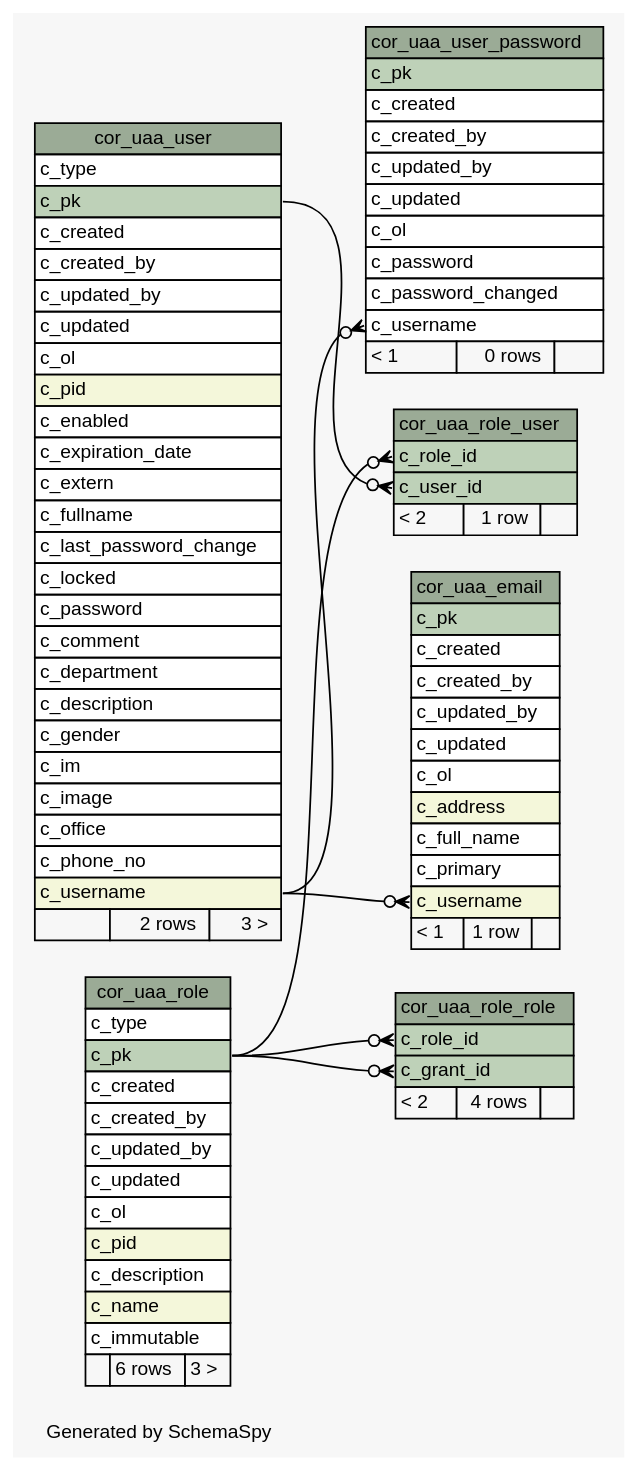
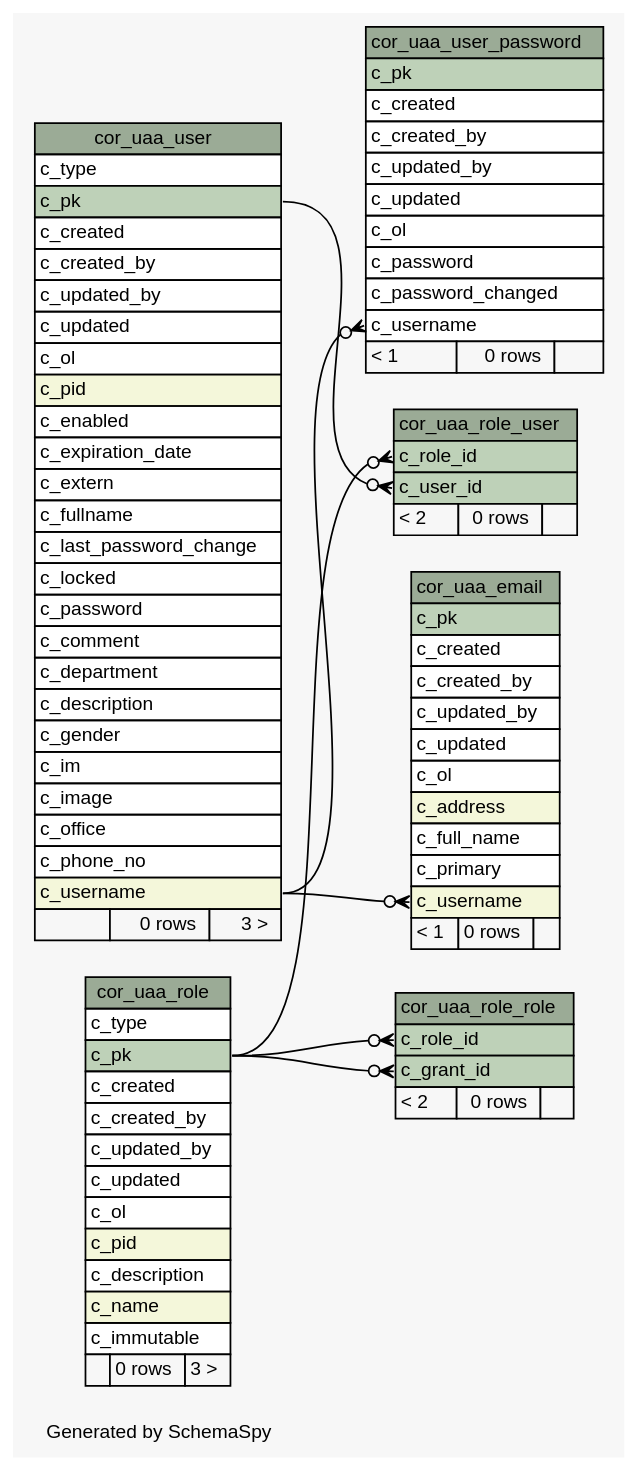
One commit to openwms/org.openwms.core.uaa changed the diagram in 2.0.0-SNAPSHOT/schemaspy/diagrams/summary/relationships.real.large.dot. Above: the diagram before and after it, drawn with Graphviz. The commit also changed 352 other files, not shown here.

```diff
--- a/2.0.0-SNAPSHOT/schemaspy/diagrams/summary/relationships.real.large.dot
+++ b/2.0.0-SNAPSHOT/schemaspy/diagrams/summary/relationships.real.large.dot
@@ -1,140 +1,140 @@
-// dot 2.43.0 on Linux 5.13.0-1029-azure
+// dot 2.43.0 on Linux 5.15.0-1020-azure
 // SchemaSpy rev Unknown
 digraph "largeRelationshipsDiagram" {
   graph [
     rankdir="RL"
     bgcolor="#f7f7f7"
     label="\nGenerated by SchemaSpy"
     labeljust="l"
     nodesep="0.18"
     ranksep="0.46"
     fontname="Helvetica"
     fontsize="11"
   ];
   node [
     fontname="Helvetica"
     fontsize="11"
     shape="plaintext"
   ];
   edge [
     arrowsize="0.8"
   ];
   "cor_uaa_email" [
     label=<
     <TABLE BORDER="0" CELLBORDER="1" CELLSPACING="0" BGCOLOR="#ffffff">
       <TR><TD COLSPAN="3" BGCOLOR="#9bab96" ALIGN="CENTER">cor_uaa_email</TD></TR>
       <TR><TD PORT="c_pk" COLSPAN="3" BGCOLOR="#bed1b8" ALIGN="LEFT">c_pk</TD></TR>
       <TR><TD PORT="c_created" COLSPAN="3" ALIGN="LEFT">c_created</TD></TR>
       <TR><TD PORT="c_created_by" COLSPAN="3" ALIGN="LEFT">c_created_by</TD></TR>
       <TR><TD PORT="c_updated_by" COLSPAN="3" ALIGN="LEFT">c_updated_by</TD></TR>
       <TR><TD PORT="c_updated" COLSPAN="3" ALIGN="LEFT">c_updated</TD></TR>
       <TR><TD PORT="c_ol" COLSPAN="3" ALIGN="LEFT">c_ol</TD></TR>
       <TR><TD PORT="c_address" COLSPAN="3" BGCOLOR="#f4f7da" ALIGN="LEFT">c_address</TD></TR>
       <TR><TD PORT="c_full_name" COLSPAN="3" ALIGN="LEFT">c_full_name</TD></TR>
       <TR><TD PORT="c_primary" COLSPAN="3" ALIGN="LEFT">c_primary</TD></TR>
       <TR><TD PORT="c_username" COLSPAN="3" BGCOLOR="#f4f7da" ALIGN="LEFT">c_username</TD></TR>
-      <TR><TD ALIGN="LEFT" BGCOLOR="#f7f7f7">&lt; 1</TD><TD ALIGN="RIGHT" BGCOLOR="#f7f7f7">1 row</TD><TD ALIGN="RIGHT" BGCOLOR="#f7f7f7">  </TD></TR>
+      <TR><TD ALIGN="LEFT" BGCOLOR="#f7f7f7">&lt; 1</TD><TD ALIGN="RIGHT" BGCOLOR="#f7f7f7">0 rows</TD><TD ALIGN="RIGHT" BGCOLOR="#f7f7f7">  </TD></TR>
     </TABLE>>
     URL="tables/cor_uaa_email.html"
     tooltip="cor_uaa_email"
   ];
   "cor_uaa_role" [
     label=<
     <TABLE BORDER="0" CELLBORDER="1" CELLSPACING="0" BGCOLOR="#ffffff">
       <TR><TD COLSPAN="3" BGCOLOR="#9bab96" ALIGN="CENTER">cor_uaa_role</TD></TR>
       <TR><TD PORT="c_type" COLSPAN="3" ALIGN="LEFT">c_type</TD></TR>
       <TR><TD PORT="c_pk" COLSPAN="3" BGCOLOR="#bed1b8" ALIGN="LEFT">c_pk</TD></TR>
       <TR><TD PORT="c_created" COLSPAN="3" ALIGN="LEFT">c_created</TD></TR>
       <TR><TD PORT="c_created_by" COLSPAN="3" ALIGN="LEFT">c_created_by</TD></TR>
       <TR><TD PORT="c_updated_by" COLSPAN="3" ALIGN="LEFT">c_updated_by</TD></TR>
       <TR><TD PORT="c_updated" COLSPAN="3" ALIGN="LEFT">c_updated</TD></TR>
       <TR><TD PORT="c_ol" COLSPAN="3" ALIGN="LEFT">c_ol</TD></TR>
       <TR><TD PORT="c_pid" COLSPAN="3" BGCOLOR="#f4f7da" ALIGN="LEFT">c_pid</TD></TR>
       <TR><TD PORT="c_description" COLSPAN="3" ALIGN="LEFT">c_description</TD></TR>
       <TR><TD PORT="c_name" COLSPAN="3" BGCOLOR="#f4f7da" ALIGN="LEFT">c_name</TD></TR>
       <TR><TD PORT="c_immutable" COLSPAN="3" ALIGN="LEFT">c_immutable</TD></TR>
-      <TR><TD ALIGN="LEFT" BGCOLOR="#f7f7f7">  </TD><TD ALIGN="RIGHT" BGCOLOR="#f7f7f7">6 rows</TD><TD ALIGN="RIGHT" BGCOLOR="#f7f7f7">3 &gt;</TD></TR>
+      <TR><TD ALIGN="LEFT" BGCOLOR="#f7f7f7">  </TD><TD ALIGN="RIGHT" BGCOLOR="#f7f7f7">0 rows</TD><TD ALIGN="RIGHT" BGCOLOR="#f7f7f7">3 &gt;</TD></TR>
     </TABLE>>
     URL="tables/cor_uaa_role.html"
     tooltip="cor_uaa_role"
   ];
   "cor_uaa_role_role" [
     label=<
     <TABLE BORDER="0" CELLBORDER="1" CELLSPACING="0" BGCOLOR="#ffffff">
       <TR><TD COLSPAN="3" BGCOLOR="#9bab96" ALIGN="CENTER">cor_uaa_role_role</TD></TR>
       <TR><TD PORT="c_role_id" COLSPAN="3" BGCOLOR="#bed1b8" ALIGN="LEFT">c_role_id</TD></TR>
       <TR><TD PORT="c_grant_id" COLSPAN="3" BGCOLOR="#bed1b8" ALIGN="LEFT">c_grant_id</TD></TR>
-      <TR><TD ALIGN="LEFT" BGCOLOR="#f7f7f7">&lt; 2</TD><TD ALIGN="RIGHT" BGCOLOR="#f7f7f7">4 rows</TD><TD ALIGN="RIGHT" BGCOLOR="#f7f7f7">  </TD></TR>
+      <TR><TD ALIGN="LEFT" BGCOLOR="#f7f7f7">&lt; 2</TD><TD ALIGN="RIGHT" BGCOLOR="#f7f7f7">0 rows</TD><TD ALIGN="RIGHT" BGCOLOR="#f7f7f7">  </TD></TR>
     </TABLE>>
     URL="tables/cor_uaa_role_role.html"
     tooltip="cor_uaa_role_role"
   ];
   "cor_uaa_role_user" [
     label=<
     <TABLE BORDER="0" CELLBORDER="1" CELLSPACING="0" BGCOLOR="#ffffff">
       <TR><TD COLSPAN="3" BGCOLOR="#9bab96" ALIGN="CENTER">cor_uaa_role_user</TD></TR>
       <TR><TD PORT="c_role_id" COLSPAN="3" BGCOLOR="#bed1b8" ALIGN="LEFT">c_role_id</TD></TR>
       <TR><TD PORT="c_user_id" COLSPAN="3" BGCOLOR="#bed1b8" ALIGN="LEFT">c_user_id</TD></TR>
-      <TR><TD ALIGN="LEFT" BGCOLOR="#f7f7f7">&lt; 2</TD><TD ALIGN="RIGHT" BGCOLOR="#f7f7f7">1 row</TD><TD ALIGN="RIGHT" BGCOLOR="#f7f7f7">  </TD></TR>
+      <TR><TD ALIGN="LEFT" BGCOLOR="#f7f7f7">&lt; 2</TD><TD ALIGN="RIGHT" BGCOLOR="#f7f7f7">0 rows</TD><TD ALIGN="RIGHT" BGCOLOR="#f7f7f7">  </TD></TR>
     </TABLE>>
     URL="tables/cor_uaa_role_user.html"
     tooltip="cor_uaa_role_user"
   ];
   "cor_uaa_user" [
     label=<
     <TABLE BORDER="0" CELLBORDER="1" CELLSPACING="0" BGCOLOR="#ffffff">
       <TR><TD COLSPAN="3" BGCOLOR="#9bab96" ALIGN="CENTER">cor_uaa_user</TD></TR>
       <TR><TD PORT="c_type" COLSPAN="3" ALIGN="LEFT">c_type</TD></TR>
       <TR><TD PORT="c_pk" COLSPAN="3" BGCOLOR="#bed1b8" ALIGN="LEFT">c_pk</TD></TR>
       <TR><TD PORT="c_created" COLSPAN="3" ALIGN="LEFT">c_created</TD></TR>
       <TR><TD PORT="c_created_by" COLSPAN="3" ALIGN="LEFT">c_created_by</TD></TR>
       <TR><TD PORT="c_updated_by" COLSPAN="3" ALIGN="LEFT">c_updated_by</TD></TR>
       <TR><TD PORT="c_updated" COLSPAN="3" ALIGN="LEFT">c_updated</TD></TR>
       <TR><TD PORT="c_ol" COLSPAN="3" ALIGN="LEFT">c_ol</TD></TR>
       <TR><TD PORT="c_pid" COLSPAN="3" BGCOLOR="#f4f7da" ALIGN="LEFT">c_pid</TD></TR>
       <TR><TD PORT="c_enabled" COLSPAN="3" ALIGN="LEFT">c_enabled</TD></TR>
       <TR><TD PORT="c_expiration_date" COLSPAN="3" ALIGN="LEFT">c_expiration_date</TD></TR>
       <TR><TD PORT="c_extern" COLSPAN="3" ALIGN="LEFT">c_extern</TD></TR>
       <TR><TD PORT="c_fullname" COLSPAN="3" ALIGN="LEFT">c_fullname</TD></TR>
       <TR><TD PORT="c_last_password_change" COLSPAN="3" ALIGN="LEFT">c_last_password_change</TD></TR>
       <TR><TD PORT="c_locked" COLSPAN="3" ALIGN="LEFT">c_locked</TD></TR>
       <TR><TD PORT="c_password" COLSPAN="3" ALIGN="LEFT">c_password</TD></TR>
       <TR><TD PORT="c_comment" COLSPAN="3" ALIGN="LEFT">c_comment</TD></TR>
       <TR><TD PORT="c_department" COLSPAN="3" ALIGN="LEFT">c_department</TD></TR>
       <TR><TD PORT="c_description" COLSPAN="3" ALIGN="LEFT">c_description</TD></TR>
       <TR><TD PORT="c_gender" COLSPAN="3" ALIGN="LEFT">c_gender</TD></TR>
       <TR><TD PORT="c_im" COLSPAN="3" ALIGN="LEFT">c_im</TD></TR>
       <TR><TD PORT="c_image" COLSPAN="3" ALIGN="LEFT">c_image</TD></TR>
       <TR><TD PORT="c_office" COLSPAN="3" ALIGN="LEFT">c_office</TD></TR>
       <TR><TD PORT="c_phone_no" COLSPAN="3" ALIGN="LEFT">c_phone_no</TD></TR>
       <TR><TD PORT="c_username" COLSPAN="3" BGCOLOR="#f4f7da" ALIGN="LEFT">c_username</TD></TR>
-      <TR><TD ALIGN="LEFT" BGCOLOR="#f7f7f7">  </TD><TD ALIGN="RIGHT" BGCOLOR="#f7f7f7">2 rows</TD><TD ALIGN="RIGHT" BGCOLOR="#f7f7f7">3 &gt;</TD></TR>
+      <TR><TD ALIGN="LEFT" BGCOLOR="#f7f7f7">  </TD><TD ALIGN="RIGHT" BGCOLOR="#f7f7f7">0 rows</TD><TD ALIGN="RIGHT" BGCOLOR="#f7f7f7">3 &gt;</TD></TR>
     </TABLE>>
     URL="tables/cor_uaa_user.html"
     tooltip="cor_uaa_user"
   ];
   "cor_uaa_user_password" [
     label=<
     <TABLE BORDER="0" CELLBORDER="1" CELLSPACING="0" BGCOLOR="#ffffff">
       <TR><TD COLSPAN="3" BGCOLOR="#9bab96" ALIGN="CENTER">cor_uaa_user_password</TD></TR>
       <TR><TD PORT="c_pk" COLSPAN="3" BGCOLOR="#bed1b8" ALIGN="LEFT">c_pk</TD></TR>
       <TR><TD PORT="c_created" COLSPAN="3" ALIGN="LEFT">c_created</TD></TR>
       <TR><TD PORT="c_created_by" COLSPAN="3" ALIGN="LEFT">c_created_by</TD></TR>
       <TR><TD PORT="c_updated_by" COLSPAN="3" ALIGN="LEFT">c_updated_by</TD></TR>
       <TR><TD PORT="c_updated" COLSPAN="3" ALIGN="LEFT">c_updated</TD></TR>
       <TR><TD PORT="c_ol" COLSPAN="3" ALIGN="LEFT">c_ol</TD></TR>
       <TR><TD PORT="c_password" COLSPAN="3" ALIGN="LEFT">c_password</TD></TR>
       <TR><TD PORT="c_password_changed" COLSPAN="3" ALIGN="LEFT">c_password_changed</TD></TR>
       <TR><TD PORT="c_username" COLSPAN="3" ALIGN="LEFT">c_username</TD></TR>
       <TR><TD ALIGN="LEFT" BGCOLOR="#f7f7f7">&lt; 1</TD><TD ALIGN="RIGHT" BGCOLOR="#f7f7f7">0 rows</TD><TD ALIGN="RIGHT" BGCOLOR="#f7f7f7">  </TD></TR>
     </TABLE>>
     URL="tables/cor_uaa_user_password.html"
     tooltip="cor_uaa_user_password"
   ];
   "cor_uaa_email":"c_username":w -> "cor_uaa_user":"c_username":e [arrowhead=none dir=back arrowtail=crowodot];
   "cor_uaa_role_role":"c_grant_id":w -> "cor_uaa_role":"c_pk":e [arrowhead=none dir=back arrowtail=crowodot];
   "cor_uaa_role_role":"c_role_id":w -> "cor_uaa_role":"c_pk":e [arrowhead=none dir=back arrowtail=crowodot];
   "cor_uaa_role_user":"c_role_id":w -> "cor_uaa_role":"c_pk":e [arrowhead=none dir=back arrowtail=crowodot];
   "cor_uaa_role_user":"c_user_id":w -> "cor_uaa_user":"c_pk":e [arrowhead=none dir=back arrowtail=crowodot];
   "cor_uaa_user_password":"c_username":w -> "cor_uaa_user":"c_username":e [arrowhead=none dir=back arrowtail=crowodot];
 }
```
